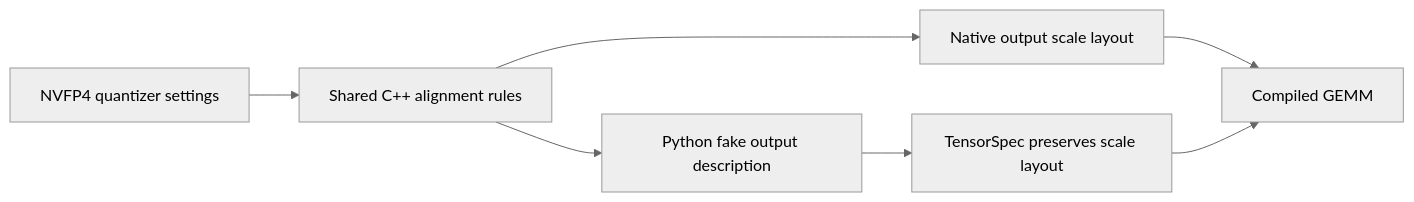
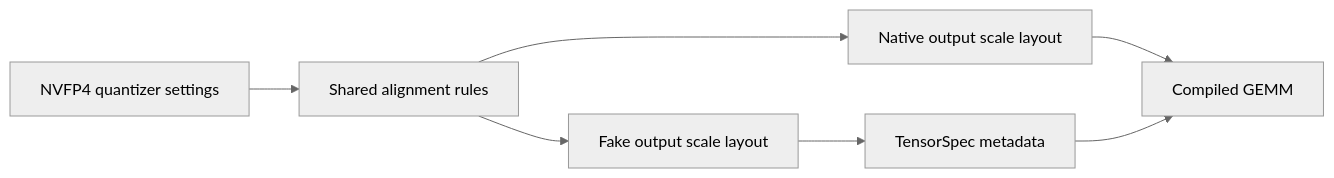
Before and after one commit to yuguo-Jack/HCU-TrainFlow: the diagram in knowledge/projects/transformer-engine/knowledgebase/upstream/prs/NVIDIA--TransformerEngine/PR-3628.md, drawn with Mermaid. The commit also changed other lines of this file and 42044 other files, not shown here.

````diff
--- a/knowledge/projects/transformer-engine/knowledgebase/upstream/prs/NVIDIA--TransformerEngine/PR-3628.md
+++ b/knowledge/projects/transformer-engine/knowledgebase/upstream/prs/NVIDIA--TransformerEngine/PR-3628.md
@@ -63,10 +67,10 @@
 ```mermaid
 %%{init: {'theme': 'neutral'}}%%
 flowchart LR
-  A[NVFP4 quantizer settings] --> B[Shared C++ alignment rules]
+  A[NVFP4 quantizer settings] --> B[Shared alignment rules]
   B --> C[Native output scale layout]
-  B --> D[Python fake output description]
-  D --> E[TensorSpec preserves scale layout]
+  B --> D[Fake output scale layout]
+  D --> E[TensorSpec metadata]
   C --> F[Compiled GEMM]
   E --> F
 ```
````
